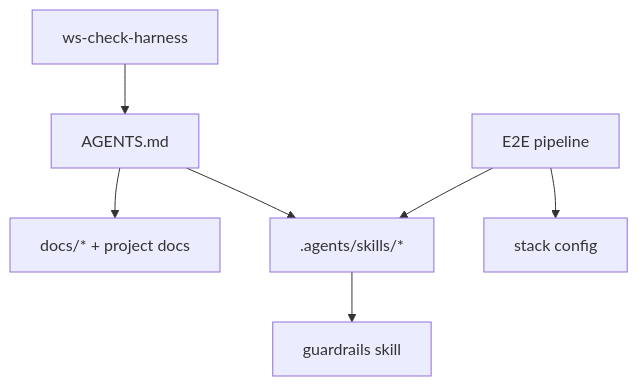
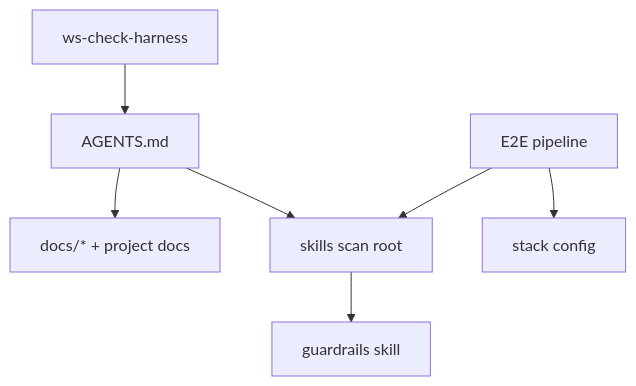
The diagram in src/skills/ws-check-harness/PHASES.md (jpolvora/workflow-skills), drawn with Mermaid before and after one commit. The commit also changed other lines of this file and 5 other files, not shown here.

First line of the commit message:
feat(ws-check-harness): SoT-aware upstream skills scan root

````diff
--- a/src/skills/ws-check-harness/PHASES.md
+++ b/src/skills/ws-check-harness/PHASES.md
@@ -284,9 +303,9 @@
 ```mermaid
 flowchart TD
-  AG[AGENTS.md] --> SKILLS[.agents/skills/*]
+  AG[AGENTS.md] --> SKILLS[skills scan root]
   AG --> DOCS[docs/* + project docs]
   UDW[E2E pipeline] --> STACKWF[stack config]
   UDW --> SKILLS
   CHK[ws-check-harness] --> AG
   SKILLS --> GRD[guardrails skill]
 ```
````
